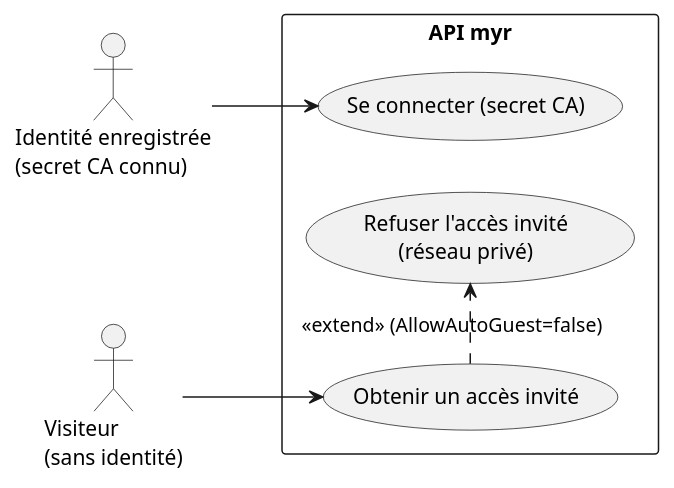
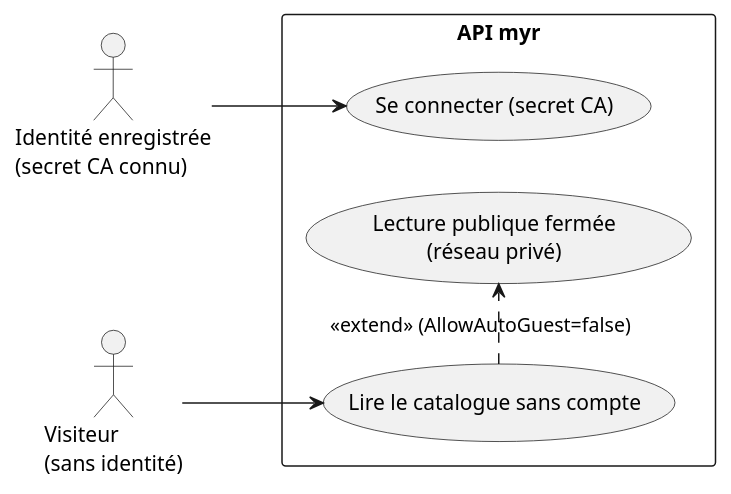
One commit to myr-forge/myr-core changed the first of 2 diagrams in specs/2-Analyse/UCA-Compte_et_Acces/UCA02.md. Above: the diagram before and after it, drawn with PlantUML. The commit also changed other lines of this file and 21 other files, not shown here.

````diff
--- a/specs/2-Analyse/UCA-Compte_et_Acces/UCA02.md
+++ b/specs/2-Analyse/UCA-Compte_et_Acces/UCA02.md
@@ -27,19 +27,19 @@
 ```plantuml
 @startuml
 left to right direction
 
 actor "Identité enregistrée\n(secret CA connu)" as U
 actor "Visiteur\n(sans identité)" as V
 
 rectangle "API myr" {
     usecase "Se connecter (secret CA)" as UC1
-    usecase "Obtenir un accès invité" as UC2
-    usecase "Refuser l'accès invité\n(réseau privé)" as UC3
+    usecase "Lire le catalogue sans compte" as UC2
+    usecase "Lecture publique fermée\n(réseau privé)" as UC3
 }
 
 U --> UC1
 V --> UC2
 UC2 .> UC3 : <<extend>> (AllowAutoGuest=false)
 
 @enduml
 ```
````
